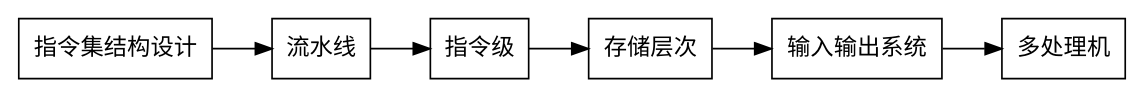
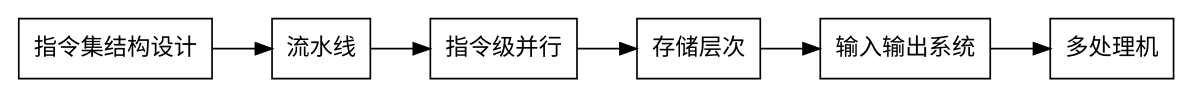
Before and after one commit to onlyonion/development: the diagram in 99-book/notes/00-base/计算机体系结构.md, drawn with Graphviz. The commit also changed other lines of this file and 16 other files, not shown here.

````diff
--- a/99-book/notes/00-base/计算机体系结构.md
+++ b/99-book/notes/00-base/计算机体系结构.md
@@ -16,7 +4,7 @@
 ```graphviz
 digraph route {
     rankdir=LR;
     node [shape = rectangle];
-    指令集结构设计 -> 流水线 -> 指令级 -> 存储层次 -> 输入输出系统 -> 多处理机;
+    指令集结构设计 -> 流水线 -> 指令级并行 -> 存储层次 -> 输入输出系统 -> 多处理机;
 }
 ```
````
